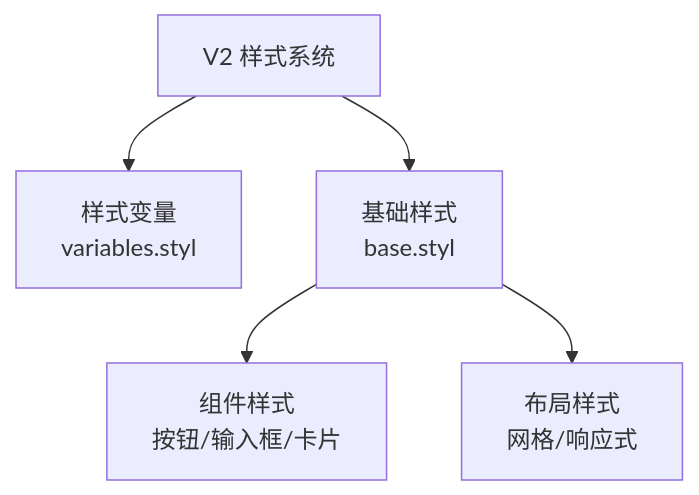
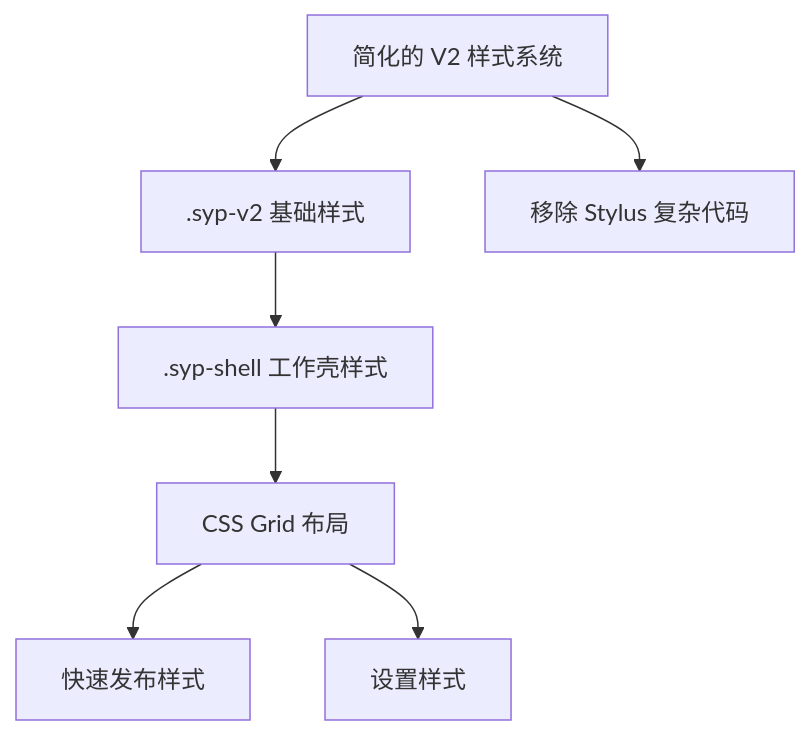
Diagram 11 of 14 in .qoder/repowiki/zh/content/核心架构/核心架构.md (terwer/siyuan-plugin-publisher), drawn with Mermaid before and after one commit. The commit also changed other lines of this file and 27 other files, not shown here.

````diff
--- a/.qoder/repowiki/zh/content/核心架构/核心架构.md
+++ b/.qoder/repowiki/zh/content/核心架构/核心架构.md
@@ -467,12 +527,16 @@
 ```mermaid
 graph TB
-Style["V2 样式系统"]
-Vars["样式变量<br/>variables.styl"]
-Base["基础样式<br/>base.styl"]
-Components["组件样式<br/>按钮/输入框/卡片"]
-Layout["布局样式<br/>网格/响应式"]
-Style --> Vars
+Style["简化的 V2 样式系统"]
+Base[".syp-v2 基础样式"]
+Shell[".syp-shell 工作壳样式"]
+Grid["CSS Grid 布局"]
+Quick["快速发布样式"]
+Settings["设置样式"]
+Simple["移除 Stylus 复杂代码"]
 Style --> Base
-Base --> Components
-Base --> Layout
+Base --> Shell
+Shell --> Grid
+Grid --> Quick
+Grid --> Settings
+Style --> Simple
 ```
````
